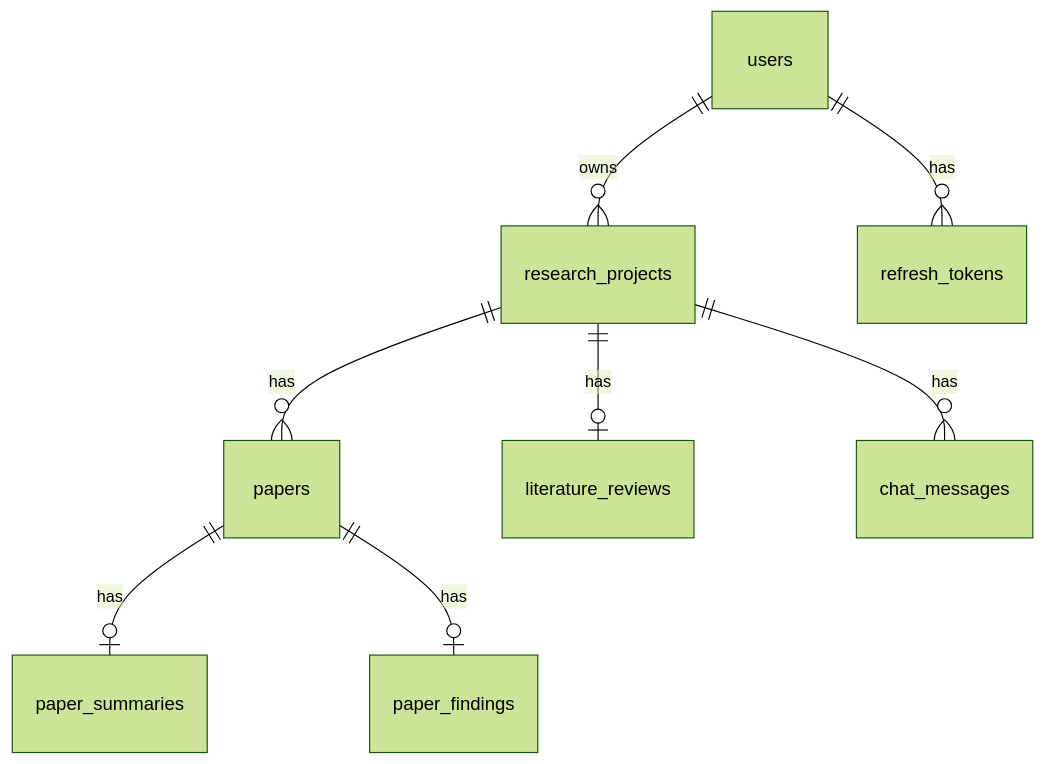
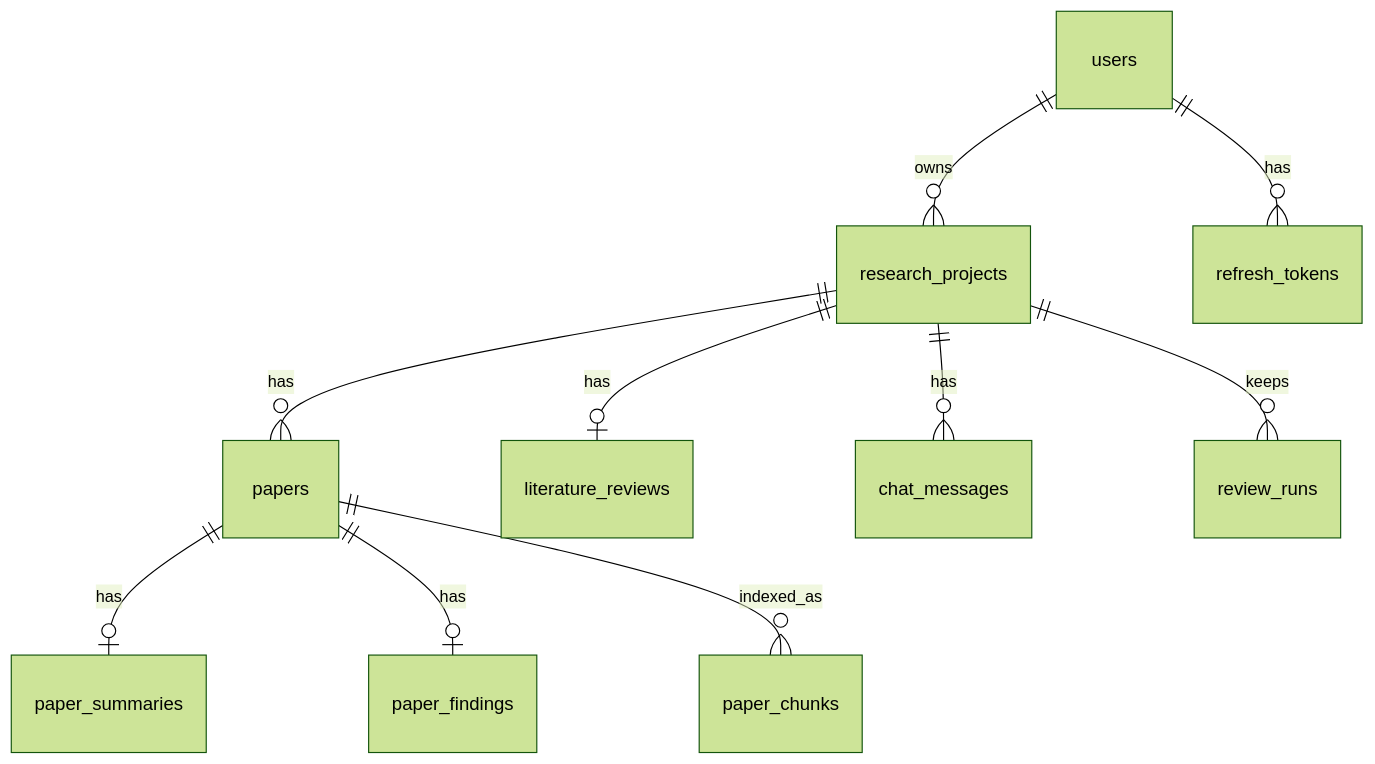
Before and after one commit to Ayush0604-alt/ResearchGPT: the diagram in claudeMD/architecture.md, drawn with Mermaid (forest theme). The commit also changed other lines of this file and 6 other files, not shown here.

Commit message:
docs: Phase 7 done; architecture, decisions and README match the code

````diff
--- a/claudeMD/architecture.md
+++ b/claudeMD/architecture.md
@@ -119,10 +126,12 @@
 ```mermaid
 erDiagram
     users ||--o{ research_projects : owns
     users ||--o{ refresh_tokens : has
     research_projects ||--o{ papers : has
     research_projects ||--o| literature_reviews : has
     research_projects ||--o{ chat_messages : has
+    research_projects ||--o{ review_runs : keeps
     papers ||--o| paper_summaries : has
     papers ||--o| paper_findings : has
+    papers ||--o{ paper_chunks : indexed_as
 ```
````
